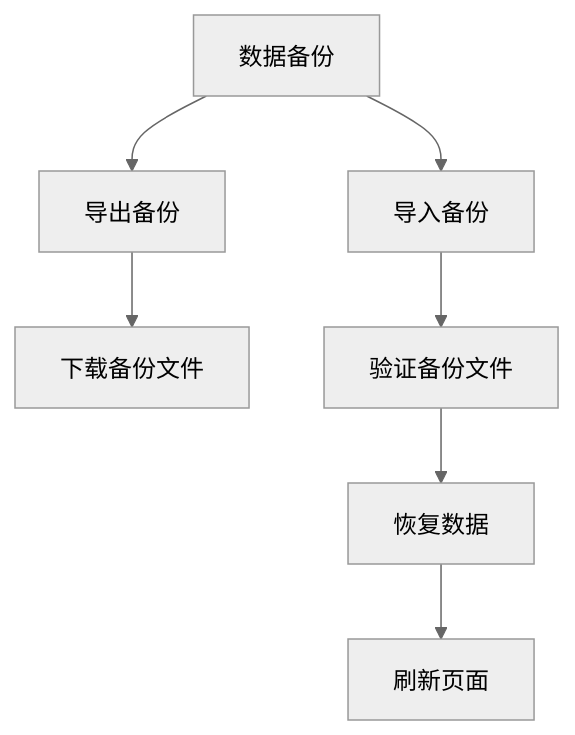
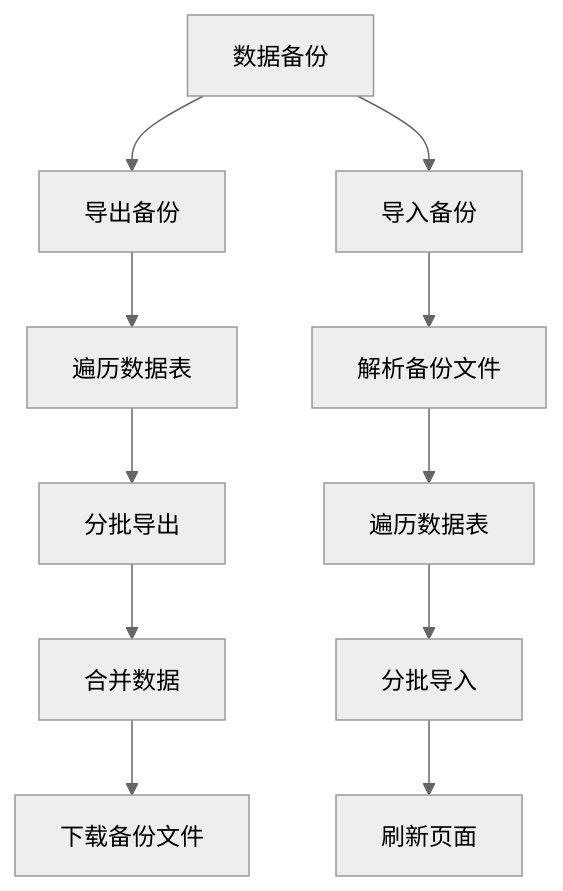
Diagram 11 of 13 in .qoder/repowiki/zh/content/Web界面/Web界面.md (qq20739111/weilushishe-lishitai), drawn with Mermaid (neutral theme) before and after one commit. The commit also changed other lines of this file and 23 other files, not shown here.

````diff
--- a/.qoder/repowiki/zh/content/Web界面/Web界面.md
+++ b/.qoder/repowiki/zh/content/Web界面/Web界面.md
@@ -429,9 +504,13 @@
 ```mermaid
 flowchart TD
 Backup["数据备份"] --> Export["导出备份"]
-Export --> Download["下载备份文件"]
+Export --> TableLoop["遍历数据表"]
+TableLoop --> BatchExport["分批导出"]
+BatchExport --> MergeData["合并数据"]
+MergeData --> Download["下载备份文件"]
 Backup --> Import["导入备份"]
-Import --> Validate["验证备份文件"]
-Validate --> Restore["恢复数据"]
-Restore --> Reload["刷新页面"]
+Import --> ParseFile["解析备份文件"]
+ParseFile --> TableLoop2["遍历数据表"]
+TableLoop2 --> BatchImport["分批导入"]
+BatchImport --> Refresh["刷新页面"]
 ```
````
